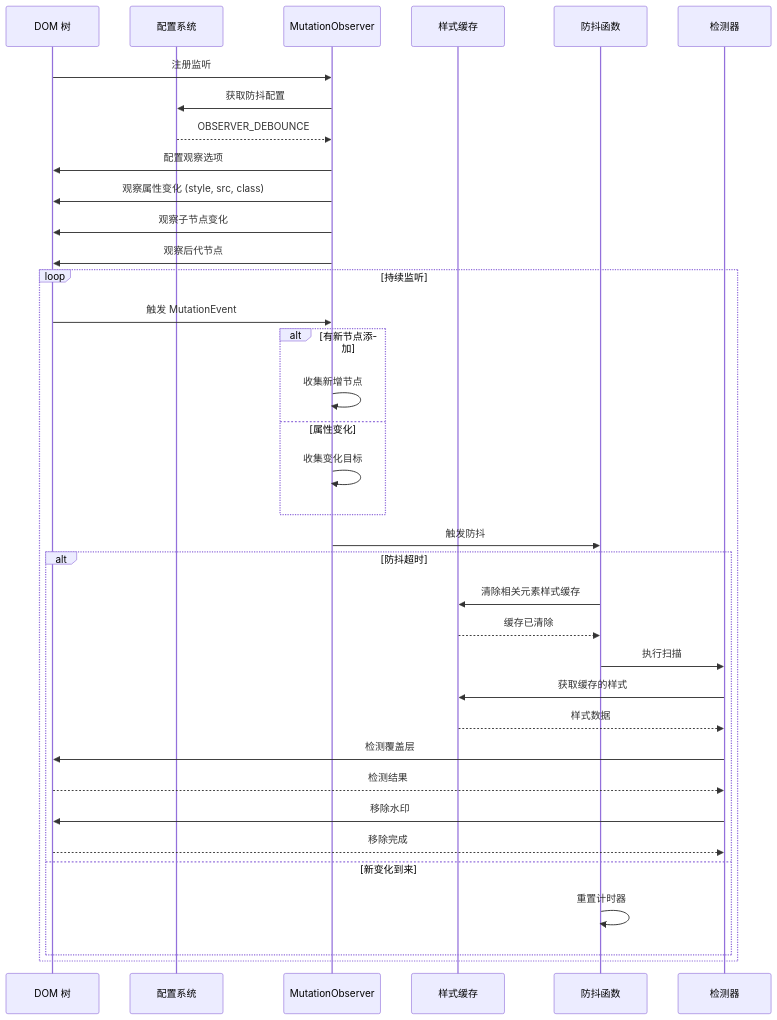
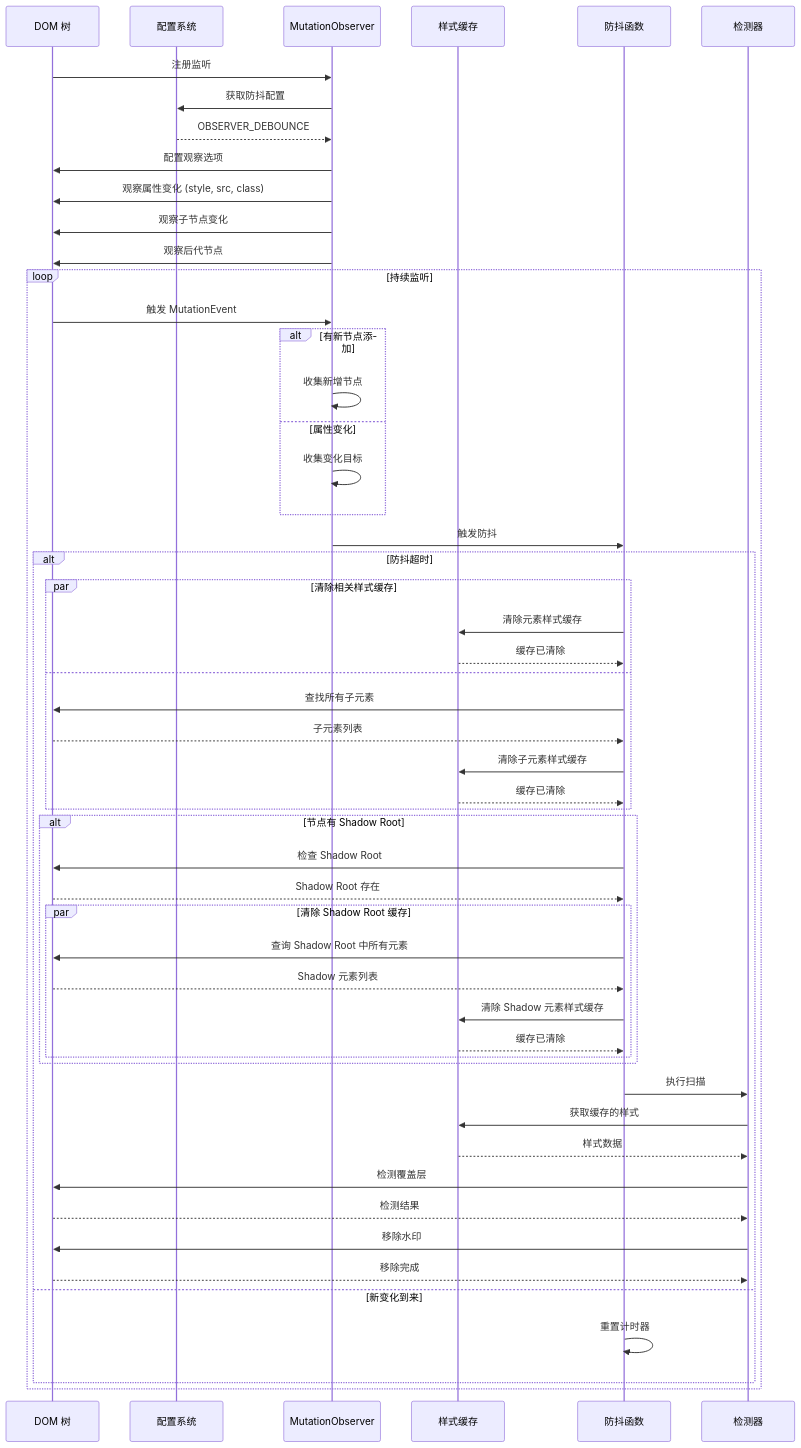
Before and after one commit to wang93wei/Xiaomi-MiMo-Studio-Watermark-Remover: the fifth of 12 diagrams in doc/SEQUENCE_DIAGRAMS.md, drawn with Mermaid. The commit also changed other lines of this file and 4 other files, not shown here.

````diff
--- a/doc/SEQUENCE_DIAGRAMS.md
+++ b/doc/SEQUENCE_DIAGRAMS.md
@@ -292,44 +322,63 @@
 ```mermaid
 sequenceDiagram
     participant DOM as DOM 树
     participant Config as 配置系统
     participant Observer as MutationObserver
     participant StyleCache as 样式缓存
     participant Debounce as 防抖函数
     participant Scanner as 检测器
 
     DOM->>Observer: 注册监听
     Observer->>Config: 获取防抖配置
     Config-->>Observer: OBSERVER_DEBOUNCE
     Observer->>DOM: 配置观察选项
     Observer->>DOM: 观察属性变化 (style, src, class)
     Observer->>DOM: 观察子节点变化
     Observer->>DOM: 观察后代节点
 
     loop 持续监听
         DOM->>Observer: 触发 MutationEvent
 
         alt 有新节点添加
             Observer->>Observer: 收集新增节点
         else 属性变化
             Observer->>Observer: 收集变化目标
         end
 
         Observer->>Debounce: 触发防抖
 
         alt 防抖超时
-            Debounce->>StyleCache: 清除相关元素样式缓存
-            StyleCache-->>Debounce: 缓存已清除
+            par 清除相关样式缓存
+                Debounce->>StyleCache: 清除元素样式缓存
+                StyleCache-->>Debounce: 缓存已清除
+            and
+                Debounce->>DOM: 查找所有子元素
+                DOM-->>Debounce: 子元素列表
+                Debounce->>StyleCache: 清除子元素样式缓存
+                StyleCache-->>Debounce: 缓存已清除
+            end
+
+            alt 节点有 Shadow Root
+                Debounce->>DOM: 检查 Shadow Root
+                DOM-->>Debounce: Shadow Root 存在
+
+                par 清除 Shadow Root 缓存
+                    Debounce->>DOM: 查询 Shadow Root 中所有元素
+                    DOM-->>Debounce: Shadow 元素列表
+                    Debounce->>StyleCache: 清除 Shadow 元素样式缓存
+                    StyleCache-->>Debounce: 缓存已清除
+                end
+            end
 
             Debounce->>Scanner: 执行扫描
             Scanner->>StyleCache: 获取缓存的样式
             StyleCache-->>Scanner: 样式数据
             Scanner->>DOM: 检测覆盖层
             DOM-->>Scanner: 检测结果
             Scanner->>DOM: 移除水印
             DOM-->>Scanner: 移除完成
         else 新变化到来
             Debounce->>Debounce: 重置计时器
         end
     end
 ```
````
